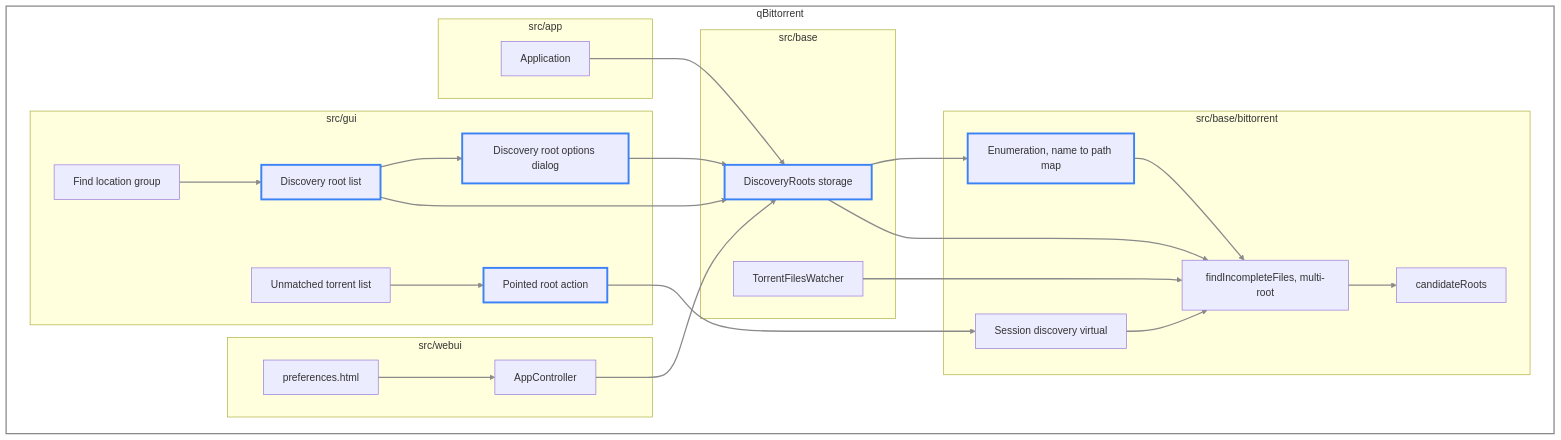
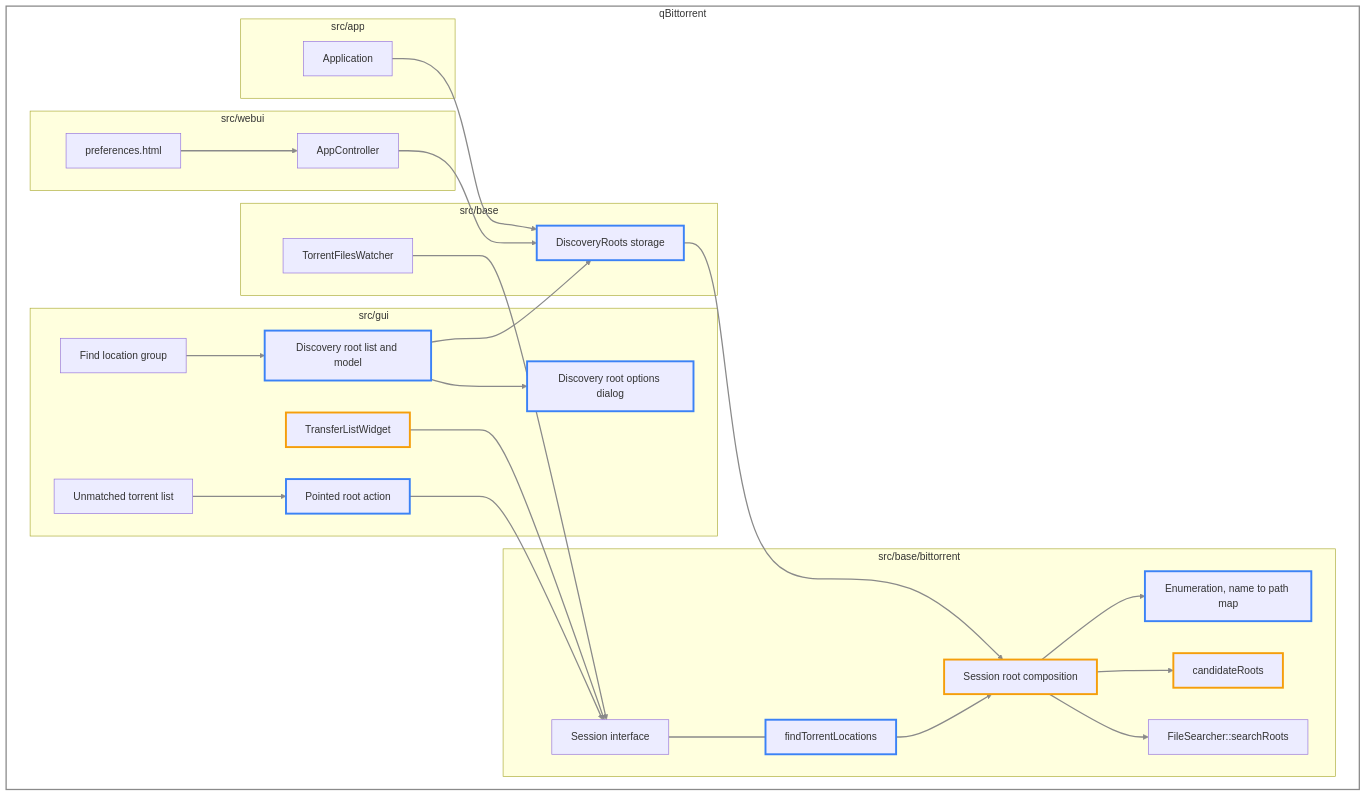
The fourth of 4 diagrams in doc/en/find-location_system_architecture.md (tsylvester/qBittorrent), drawn with Mermaid before and after one commit. The commit also changed other lines of this file and 8 other files, not shown here.

````diff
--- a/doc/en/find-location_system_architecture.md
+++ b/doc/en/find-location_system_architecture.md
@@ -244,50 +260,56 @@
 ```mermaid
 flowchart TD
     subgraph repo["qBittorrent"]
         subgraph app["src/app"]
             APP["Application"]
         end
         subgraph gui["src/gui"]
+            TLW["TransferListWidget"]
             ODG["Find location group"]
-            DRL["Discovery root list"]
+            DRL["Discovery root list and model"]
             DRD["Discovery root options dialog"]
             UML["Unmatched torrent list"]
             PRA["Pointed root action"]
         end
         subgraph web["src/webui"]
             AC["AppController"]
             PH["preferences.html"]
         end
         subgraph base["src/base"]
             DRS["DiscoveryRoots storage"]
             TFW["TorrentFilesWatcher"]
         end
         subgraph bt["src/base/bittorrent"]
+            SESS["Session interface"]
+            BATCH["findTorrentLocations"]
+            COMP["Session root composition"]
             ENUM["Enumeration, name to path map"]
-            FIFN["findIncompleteFiles, multi-root"]
             CR["candidateRoots"]
-            SDV["Session discovery virtual"]
+            FSN["FileSearcher::searchRoots"]
         end
     end
 
     APP --> DRS
-    DRS --> ENUM
-    DRS --> FIFN
-    TFW --> FIFN
-    ENUM --> FIFN
-    FIFN --> CR
+    TFW --> SESS
+    DRS --> COMP
+    SESS --- BATCH
+    BATCH --> COMP
+    COMP --> ENUM
+    COMP --> CR
+    COMP --> FSN
     ODG --> DRL
     DRL --> DRD
     DRL --> DRS
-    DRD --> DRS
+    TLW --> SESS
     UML --> PRA
-    PRA --> SDV
-    SDV --> FIFN
+    PRA --> SESS
     AC --> DRS
     PH --> AC
 
     linkStyle default stroke:#8a8a8a,stroke-width:2px
     style repo fill:none,stroke:#8a8a8a,stroke-width:2px
     classDef added stroke:#3b82f6,stroke-width:3px
-    class DRS,ENUM,DRL,DRD,PRA added
+    class DRS,ENUM,DRL,DRD,PRA,BATCH added
+    classDef changed stroke:#f59e0b,stroke-width:3px
+    class TLW,COMP,CR changed
 ```
````
